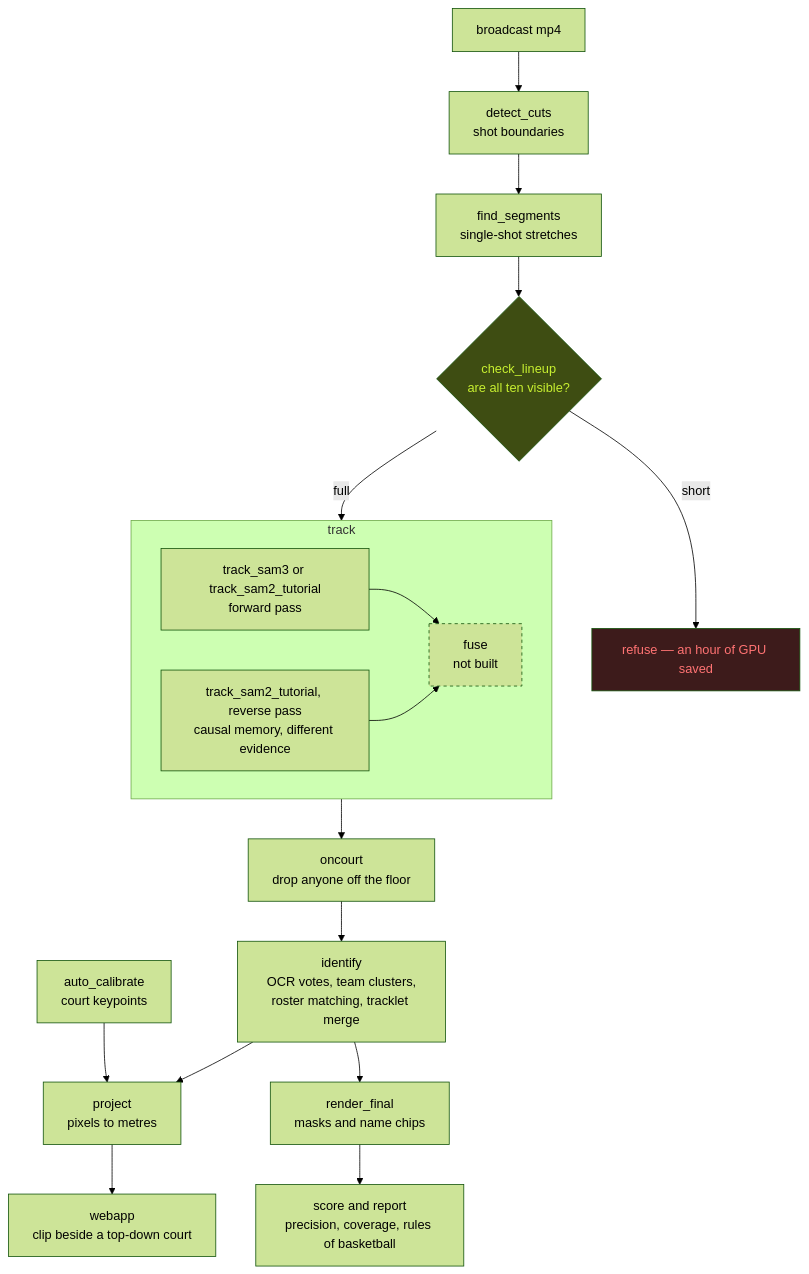
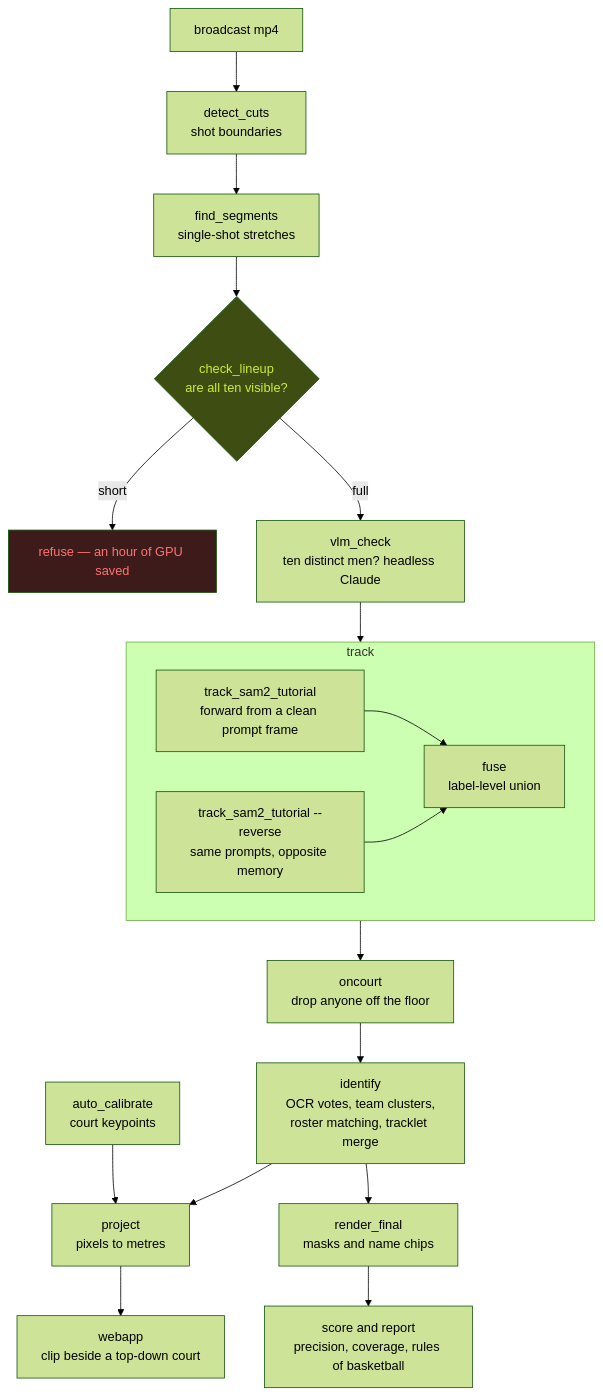
One commit to markchen1024/courtvision changed the diagram in README.md. Above: the diagram before and after it, drawn with Mermaid (forest theme). The commit also changed other lines of this file, not shown here.

````diff
--- a/README.md
+++ b/README.md
@@ -11,25 +14,25 @@
 ```mermaid
 flowchart TD
     V["broadcast mp4"] --> C["detect_cuts<br/>shot boundaries"]
     C --> S["find_segments<br/>single-shot stretches"]
     S --> G{"check_lineup<br/>are all ten visible?"}
     G -->|short| STOP["refuse — an hour of GPU saved"]
-    G -->|full| T
+    G -->|full| A["vlm_check<br/>ten distinct men? headless Claude"]
+    A --> T
 
     subgraph T ["track"]
-        F["track_sam3 or track_sam2_tutorial<br/>forward pass"] --> FU["fuse<br/>not built"]
-        R["track_sam2_tutorial, reverse pass<br/>causal memory, different evidence"] --> FU
+        F["track_sam2_tutorial<br/>forward from a clean prompt frame"] --> FU["fuse<br/>label-level union"]
+        R["track_sam2_tutorial --reverse<br/>same prompts, opposite memory"] --> FU
     end
 
     T --> O["oncourt<br/>drop anyone off the floor"]
     O --> I["identify<br/>OCR votes, team clusters,<br/>roster matching, tracklet merge"]
     K["auto_calibrate<br/>court keypoints"] --> P["project<br/>pixels to metres"]
     I --> P
     I --> RF["render_final<br/>masks and name chips"]
     P --> W["webapp<br/>clip beside a top-down court"]
     RF --> SC["score and report<br/>precision, coverage, rules of basketball"]
 
     style G fill:#3e4d12,color:#c8f031
     style STOP fill:#3d1b1b,color:#ff7373
-    style FU stroke-dasharray: 4 4
 ```
````
